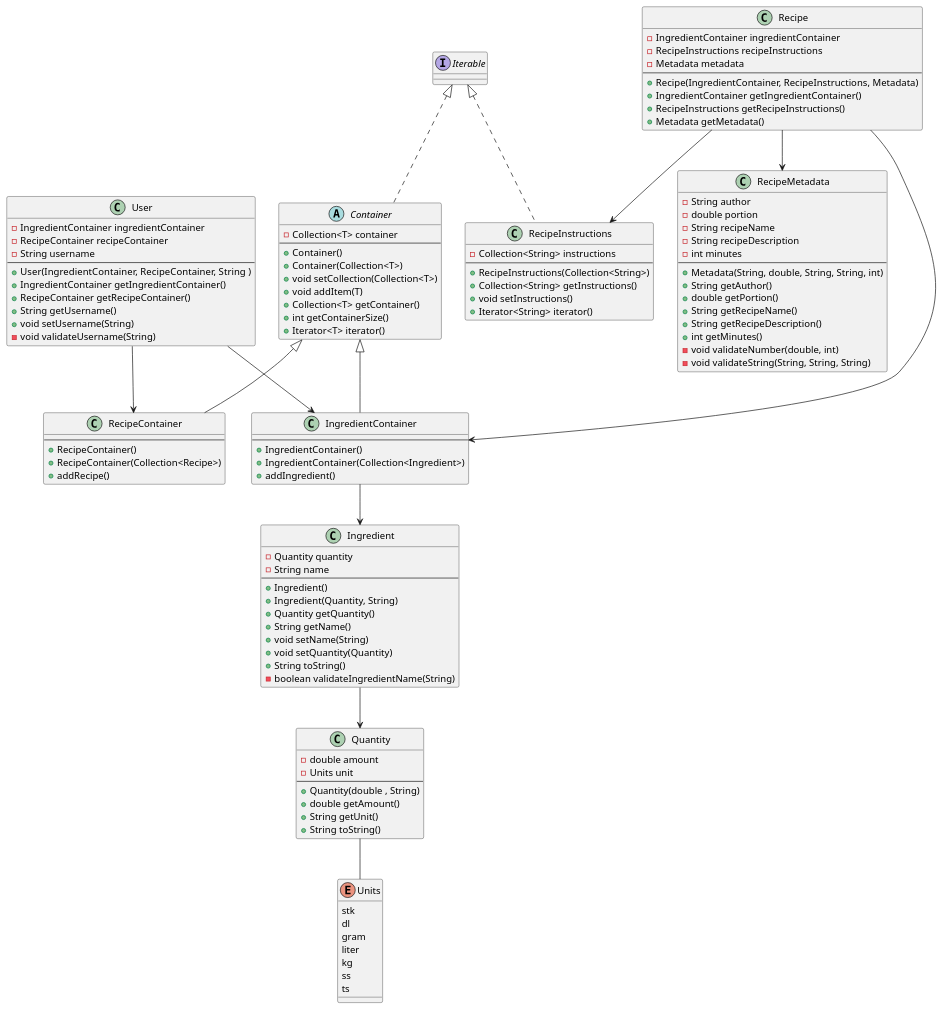
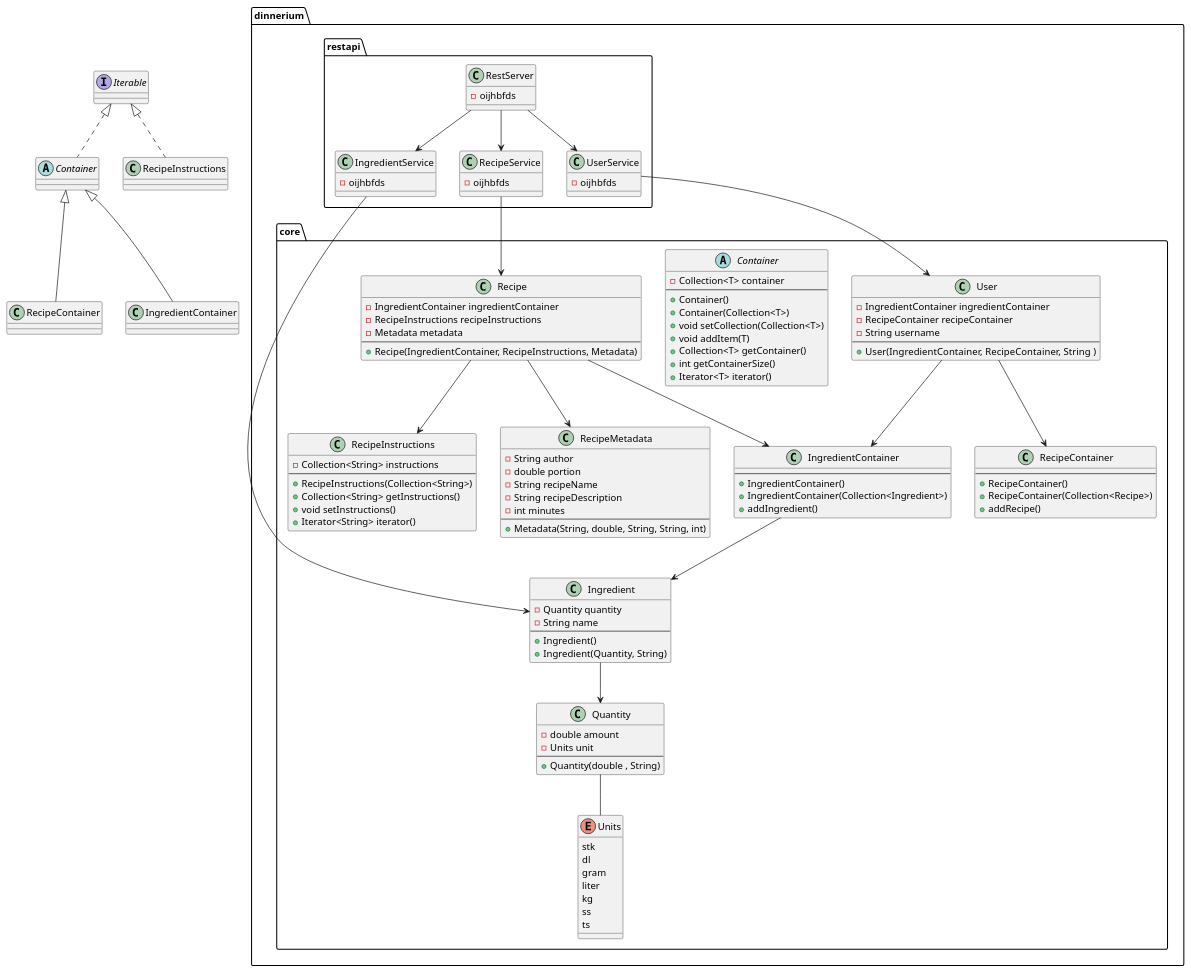
The diagram in documentation/diagrams/src/class_diagram.puml (joonerik/dinnerium), drawn with PlantUML before and after one commit.

Commit message:
add restapi to class diagram

```diff
--- a/documentation/diagrams/src/class_diagram.puml
+++ b/documentation/diagrams/src/class_diagram.puml
@@ -1,127 +1,131 @@
 @startuml sequence_diagram
-class Recipe {
-    - IngredientContainer ingredientContainer
-    - RecipeInstructions recipeInstructions
-    - Metadata metadata
+
+package dinnerium.core {
+    class Recipe {
+        - IngredientContainer ingredientContainer
+        - RecipeInstructions recipeInstructions
+        - Metadata metadata
+        --
+        + Recipe(IngredientContainer, RecipeInstructions, Metadata)
+    }
+
+    class Quantity {
+        - double amount
+        - Units unit
+        --
+        + Quantity(double , String)
+    }
+
+    enum Units {
+        stk
+        dl
+        gram
+        liter
+        kg
+        ss
+        ts
+    }
+
+    class Ingredient {
+        - Quantity quantity
+        - String name
+        --
+        + Ingredient()
+        + Ingredient(Quantity, String)
+    }
+
+    abstract class Container {
+    - Collection<T> container
     --
-    + Recipe(IngredientContainer, RecipeInstructions, Metadata)
-    + IngredientContainer getIngredientContainer()
-    + RecipeInstructions getRecipeInstructions()
-    + Metadata getMetadata()
+    + Container()
+    + Container(Collection<T>) 
+    + void setCollection(Collection<T>)
+    + void addItem(T)  
+    + Collection<T> getContainer()
+    + int getContainerSize()
+    + Iterator<T> iterator()
+    }
+
+    class IngredientContainer {
+        --
+        + IngredientContainer()
+        + IngredientContainer(Collection<Ingredient>)
+        + addIngredient()
+    }
+
+    class RecipeContainer {
+        --
+        + RecipeContainer()
+        + RecipeContainer(Collection<Recipe>)
+        + addRecipe()
+    }
+
+    class RecipeInstructions {
+        - Collection<String> instructions
+        --
+        + RecipeInstructions(Collection<String>)
+        + Collection<String> getInstructions()
+        + void setInstructions()
+        + Iterator<String> iterator()
+    }
+
+    class RecipeMetadata {
+        - String author
+        - double portion
+        - String recipeName
+        - String recipeDescription
+        - int minutes
+        --
+        + Metadata(String, double, String, String, int)
+    }
+
+    class User {
+        - IngredientContainer ingredientContainer
+        - RecipeContainer recipeContainer
+        - String username
+        --
+        + User(IngredientContainer, RecipeContainer, String )
+    }
 }
 
-class Quantity {
-    - double amount
-    - Units unit
-    --
-    + Quantity(double , String)
-    + double getAmount()
-    + String getUnit()
-    + String toString()
+
+package dinnerium.restapi{
+    class IngredientService {
+    - oijhbfds
+    }
+
+    class RecipeService {
+        - oijhbfds
+    }
+
+    class UserService {
+        - oijhbfds
+    }
+
+    class RestServer {
+        - oijhbfds
+    }
 }
 
-enum Units {
-    stk
-    dl
-    gram
-    liter
-    kg
-    ss
-    ts
-}
-
-class Ingredient {
-    - Quantity quantity
-    - String name
-    --
-    + Ingredient()
-    + Ingredient(Quantity, String)
-    + Quantity getQuantity()
-    + String getName()
-    + void setName(String)
-    + void setQuantity(Quantity)
-    + String toString()
-    - boolean validateIngredientName(String)
-}
-
-abstract class Container {
-  - Collection<T> container
-  --
-  + Container()
-  + Container(Collection<T>) 
-  + void setCollection(Collection<T>)
-  + void addItem(T)  
-  + Collection<T> getContainer()
-  + int getContainerSize()
-  + Iterator<T> iterator()
-}
-
-class IngredientContainer {
-    --
-    + IngredientContainer()
-    + IngredientContainer(Collection<Ingredient>)
-    + addIngredient()
-}
-
-class RecipeContainer {
-    --
-    + RecipeContainer()
-    + RecipeContainer(Collection<Recipe>)
-    + addRecipe()
-}
-
-class RecipeInstructions {
-    - Collection<String> instructions
-    --
-    + RecipeInstructions(Collection<String>)
-    + Collection<String> getInstructions()
-    + void setInstructions()
-    + Iterator<String> iterator()
-}
-
-class RecipeMetadata {
-    - String author
-    - double portion
-    - String recipeName
-    - String recipeDescription
-    - int minutes
-    --
-    + Metadata(String, double, String, String, int)
-    + String getAuthor()
-    + double getPortion()
-    + String getRecipeName()
-    + String getRecipeDescription()
-    + int getMinutes()
-    - void validateNumber(double, int)
-    - void validateString(String, String, String)
-}
-
-class User {
-    - IngredientContainer ingredientContainer
-    - RecipeContainer recipeContainer
-    - String username
-    --
-    + User(IngredientContainer, RecipeContainer, String )
-    + IngredientContainer getIngredientContainer()
-    + RecipeContainer getRecipeContainer()
-    + String getUsername()
-    + void setUsername(String)
-    - void validateUsername(String)
-}
-
-interface Iterable
 interface Iterable
 
 User --> RecipeContainer
 User --> IngredientContainer
 Recipe --> IngredientContainer
 Recipe --> RecipeInstructions
 Recipe --> RecipeMetadata
 IngredientContainer --> Ingredient
 Ingredient --> Quantity
 Quantity -- Units
 abstract class Container implements Iterable
 class RecipeInstructions implements Iterable
 class RecipeContainer extends Container
 class IngredientContainer extends Container
+
+IngredientService --> Ingredient
+RecipeService --> Recipe
+UserService --> User
+RestServer --> IngredientService
+RestServer --> RecipeService
+RestServer --> UserService
 @enduml
```
